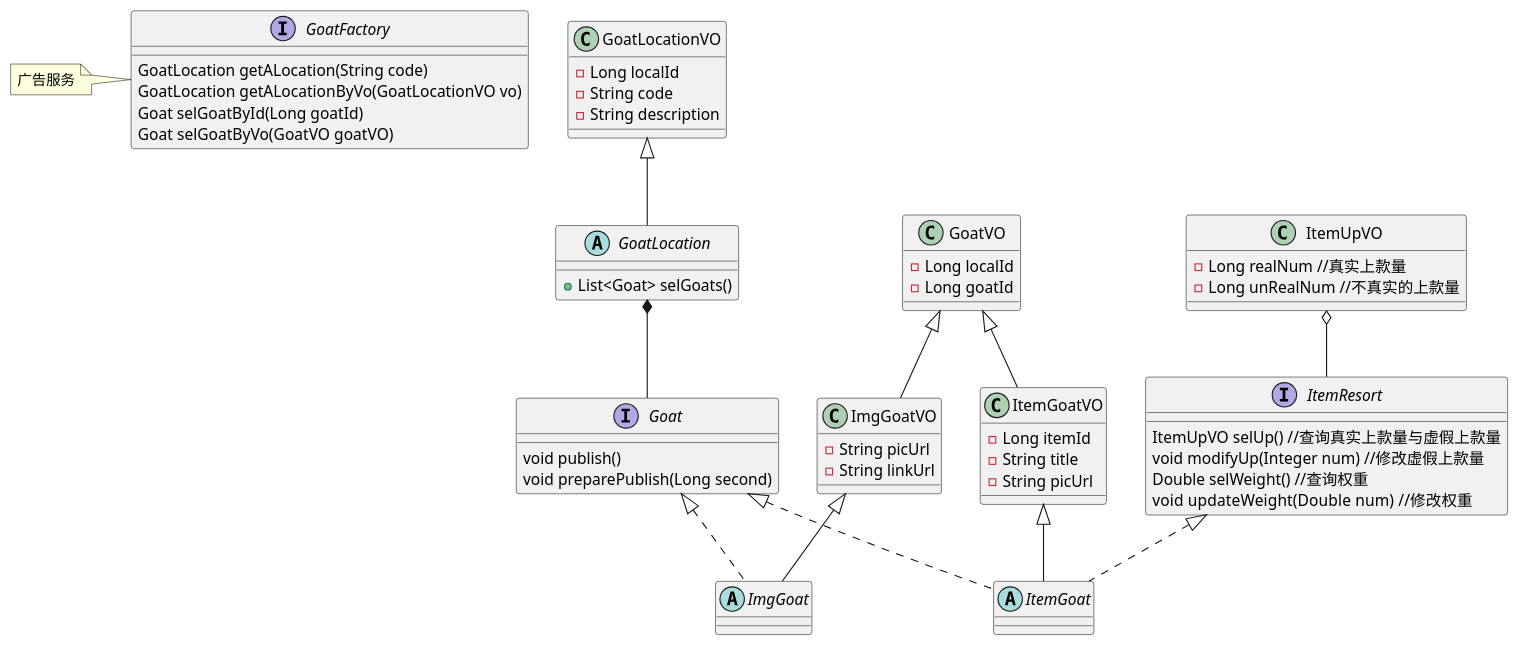
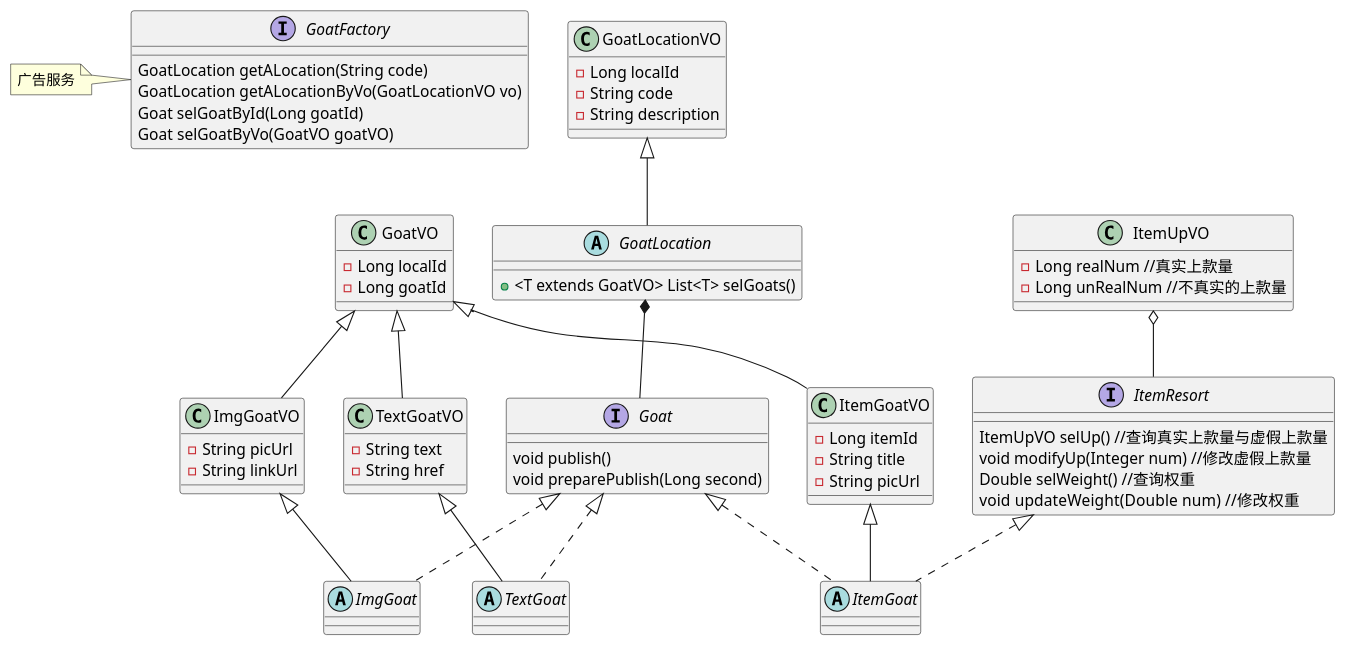
Before and after one commit to pogy/main-pom: the diagram in main4-spread/main4-spread-api/src/main/resources/goat_class.puml, drawn with PlantUML. The commit also changed 368 other files, not shown here.

```diff
--- a/main4-spread/main4-spread-api/src/main/resources/goat_class.puml
+++ b/main4-spread/main4-spread-api/src/main/resources/goat_class.puml
@@ -1,83 +1,97 @@
 @startuml
 
 class GoatLocationVO{
 -Long localId
 -String code
 -String description
 }
 
 abstract class GoatLocation{
-+List<Goat> selGoats()
++<T extends GoatVO> List<T> selGoats()
 }
 
 interface Goat{
 
 void publish()
 void preparePublish(Long second)
 }
 
 class GoatVO{
 -Long localId
 -Long goatId
 }
 
 class ImgGoatVO{
 -String picUrl
 -String linkUrl
+}
+
+class TextGoatVO{
+-String text
+-String href
 }
 
 class ItemUpVO{
 -Long realNum //真实上款量
 -Long unRealNum //不真实的上款量
 }
 
 class ItemGoatVO{
 -Long itemId
 -String title
 -String picUrl
 }
 
 abstract class ImgGoat{
 
 }
 
 abstract class ItemGoat{
 
 }
 
+abstract class TextGoat{
+
+}
+
 interface ItemResort{
 ItemUpVO selUp() //查询真实上款量与虚假上款量
 void modifyUp(Integer num) //修改虚假上款量
 Double selWeight() //查询权重
 void updateWeight(Double num)  //修改权重
 }
 
 GoatLocationVO <|-- GoatLocation
 
 GoatLocation *-- Goat
 
 Goat <|.. ImgGoat
 
 Goat <|.. ItemGoat
 
+Goat <|.. TextGoat
+
 GoatVO <|-- ImgGoatVO
 GoatVO <|-- ItemGoatVO
+GoatVO <|-- TextGoatVO
 
 ImgGoatVO <|-- ImgGoat
 
 ItemGoatVO <|-- ItemGoat
+
+TextGoatVO <|-- TextGoat
 
 ItemResort <|.. ItemGoat
 
 ItemUpVO o-- ItemResort
 
 interface GoatFactory{
 GoatLocation getALocation(String code)
 GoatLocation getALocationByVo(GoatLocationVO vo)
 Goat selGoatById(Long goatId)
 Goat selGoatByVo(GoatVO goatVO)
 }
 
 note left of GoatFactory:广告服务
 
 @enduml
```
